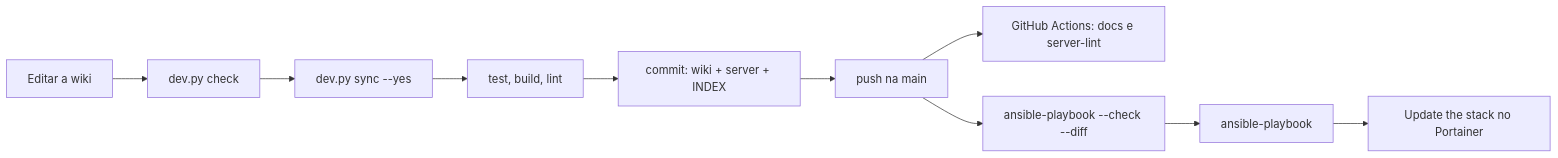
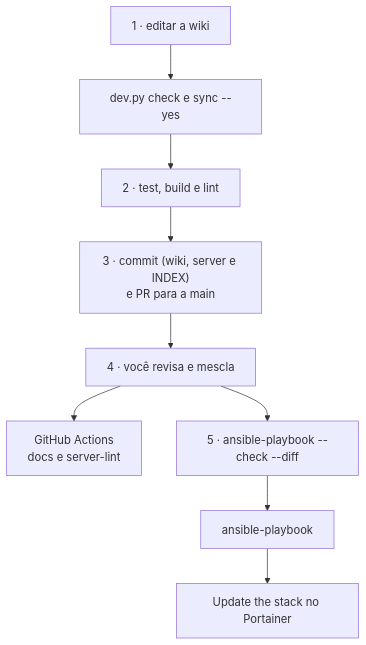
One commit to lioevano/wiki-home-server changed the diagram in wiki/docs/04-manutencao-recuperacao/03-cicd-basico-ansible.md. Above: the diagram before and after it, drawn with Mermaid. The commit also changed other lines of this file and 24 other files, not shown here.

````diff
--- a/wiki/docs/04-manutencao-recuperacao/03-cicd-basico-ansible.md
+++ b/wiki/docs/04-manutencao-recuperacao/03-cicd-basico-ansible.md
@@ -11,12 +11,11 @@
 ```mermaid
-flowchart LR
-    wiki[Editar a wiki] --> check[dev.py check]
-    check --> sync[dev.py sync --yes]
-    sync --> val[test, build, lint]
-    val --> commit[commit: wiki + server + INDEX]
-    commit --> push[push na main]
-    push --> ci[GitHub Actions: docs e server-lint]
-    push --> sim[ansible-playbook --check --diff]
-    sim --> apply[ansible-playbook]
-    apply --> portainer[Update the stack no Portainer]
+flowchart TB
+    wiki["1 · editar a wiki"] --> sync["dev.py check e sync --yes"]
+    sync --> val["2 · test, build e lint"]
+    val --> pr["3 · commit (wiki, server e INDEX)<br/>e PR para a main"]
+    pr --> merge["4 · você revisa e mescla"]
+    merge --> ci["GitHub Actions<br/>docs e server-lint"]
+    merge --> sim["5 · ansible-playbook --check --diff"]
+    sim --> apply["ansible-playbook"]
+    apply --> st["Update the stack no Portainer"]
 ```
````
